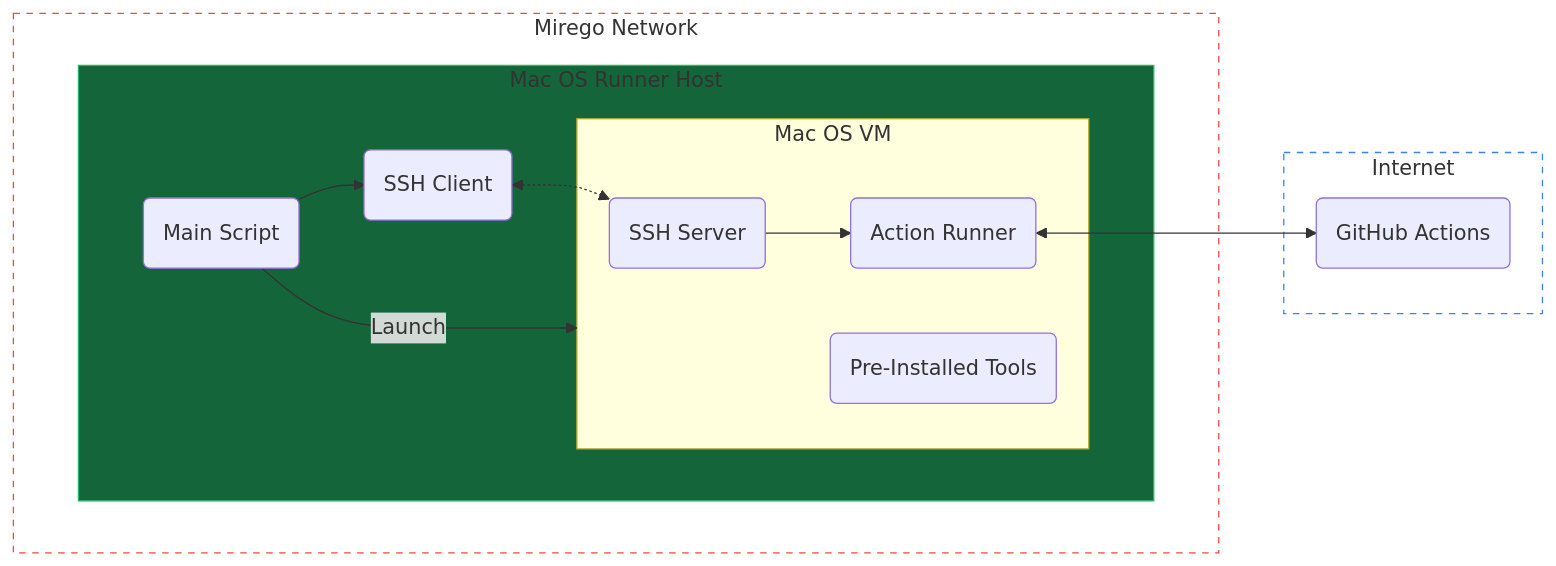
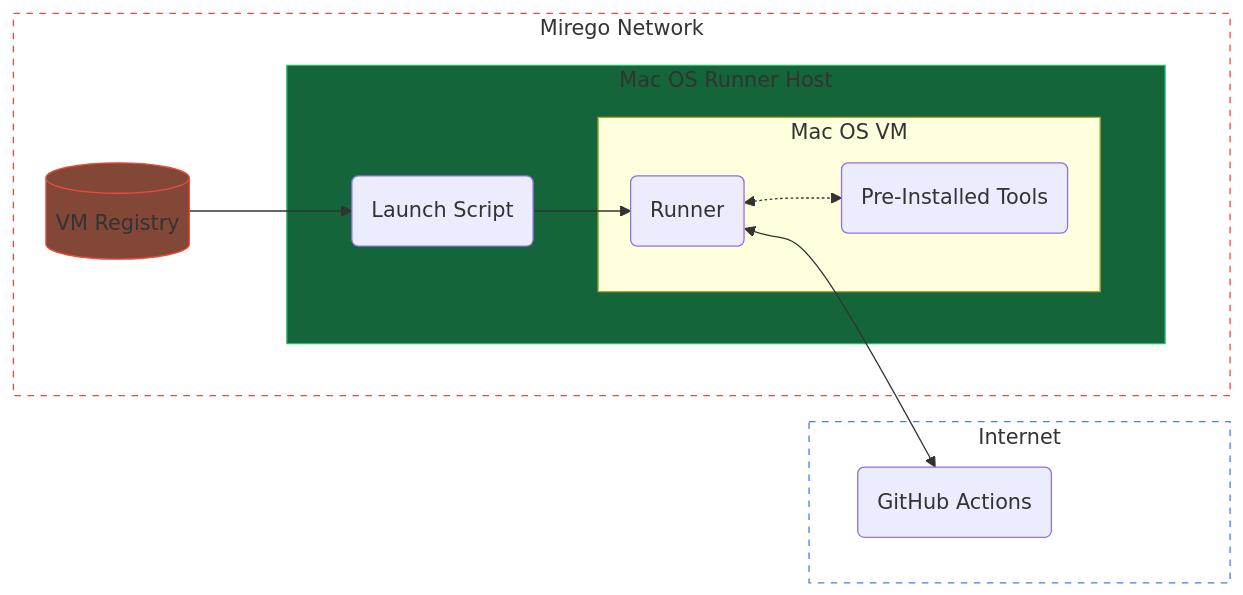
The second of 2 diagrams in README.md (mirego/ekiden), drawn with Mermaid before and after one commit. The commit also changed other lines of this file and 7 other files, not shown here.

````diff
--- a/README.md
+++ b/README.md
@@ -58,30 +67,30 @@
 ```mermaid
 flowchart LR
     subgraph mirego [Mirego Network]
         subgraph spacer [ ]
             subgraph host [Mac OS Runner Host]
                 subgraph spacer2 [ ]
-                    script(Main Script)-->sshClient(SSH Client)
-                    script--Launch-->guest
-                    sshClient<-.->sshServer
+                    script(Launch Script)-->runner(SSH Client)
                     subgraph guest [Mac OS VM]
-                        sshServer(SSH Server)-->runner(Action Runner)
-                        tools(Pre-Installed Tools)
+                        runner(Runner)<-.->tools(Pre-Installed Tools)
                     end
                 end
             end
         end
+
+        registry[(VM Registry)]-->script
     end
 
     subgraph internet [Internet]
         runner<-->github(GitHub Actions)
     end
 
 
     style mirego fill:transparent,stroke:#eb4b39,stroke-dasharray:5
     style internet fill:transparent,stroke:#4080ec,stroke-dasharray:5
     style spacer fill:transparent,stroke:transparent
     style spacer2 fill:transparent,stroke:transparent
 
     style host fill:#15653a,stroke:#25ba6b
+    style registry fill:#834738,stroke:#eb4b39
 ```
````
